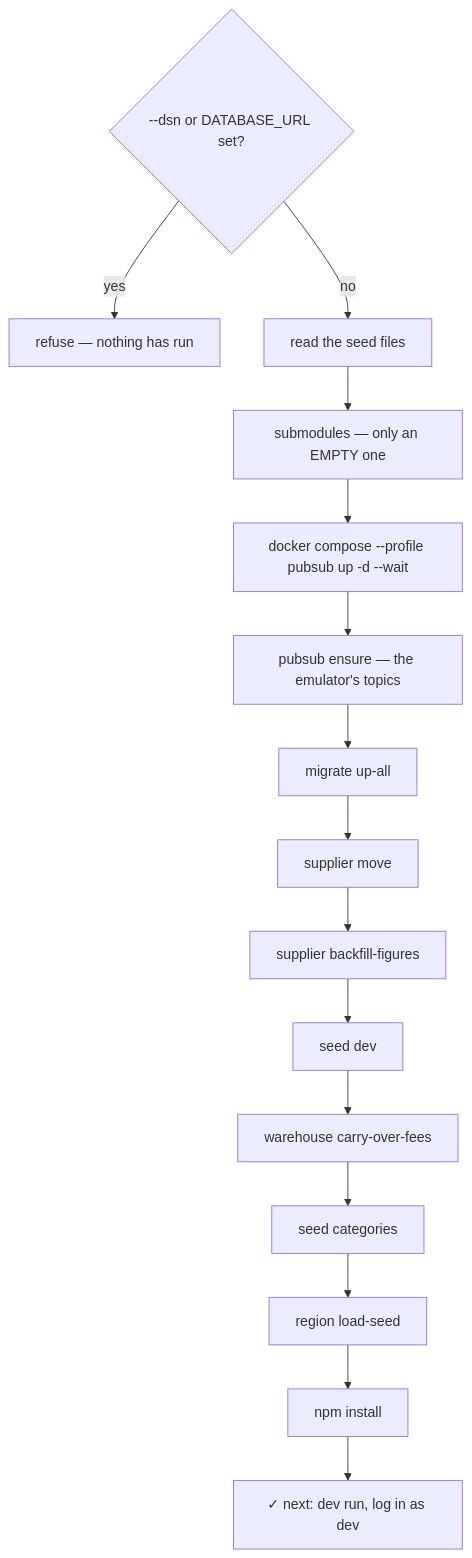
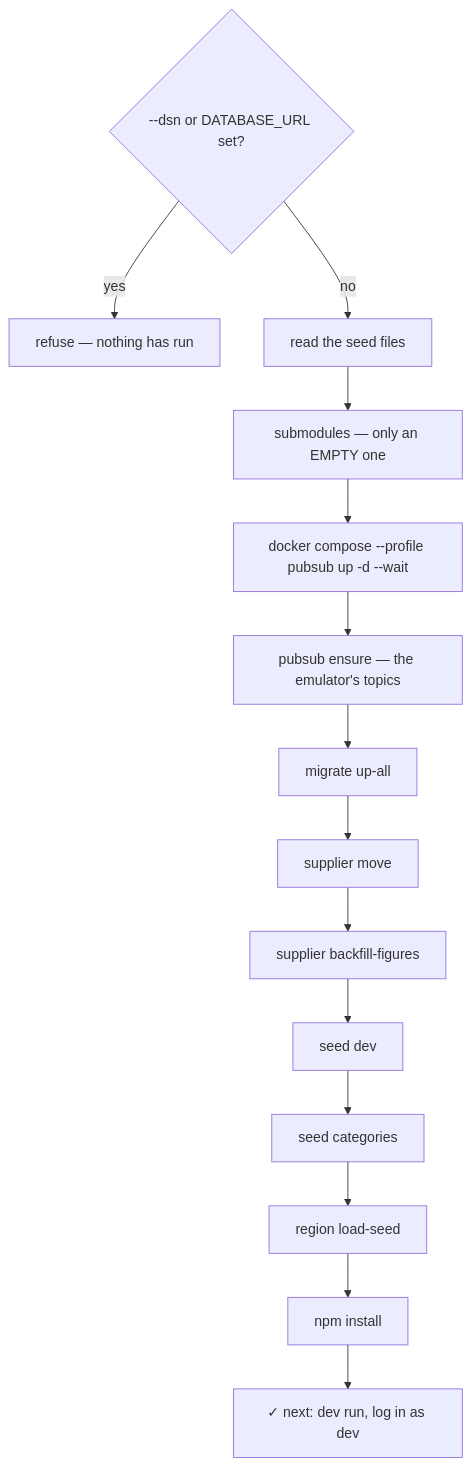
One commit to pdcgo/warehouse_revamp changed the third of 16 diagrams in docs/tools/san.md. Above: the diagram before and after it, drawn with Mermaid. The commit also changed other lines of this file and 46 other files, not shown here.

````diff
--- a/docs/tools/san.md
+++ b/docs/tools/san.md
@@ -321,17 +315,16 @@
 ```mermaid
 flowchart TD
     G{"--dsn or DATABASE_URL set?"} -->|"yes"| X["refuse — nothing has run"]
     G -->|"no"| R["read the seed files"]
     R --> S["submodules — only an EMPTY one"]
     S --> D["docker compose --profile pubsub up -d --wait"]
     D --> E["pubsub ensure — the emulator's topics"]
     E --> M["migrate up-all"]
     M --> SM["supplier move"]
     SM --> SB["supplier backfill-figures"]
     SB --> SD["seed dev"]
-    SD --> WC["warehouse carry-over-fees"]
-    WC --> SC["seed categories"]
+    SD --> SC["seed categories"]
     SC --> RG["region load-seed"]
     RG --> N["npm install"]
     N --> OK["✓ next: dev run, log in as dev"]
 ```
````
